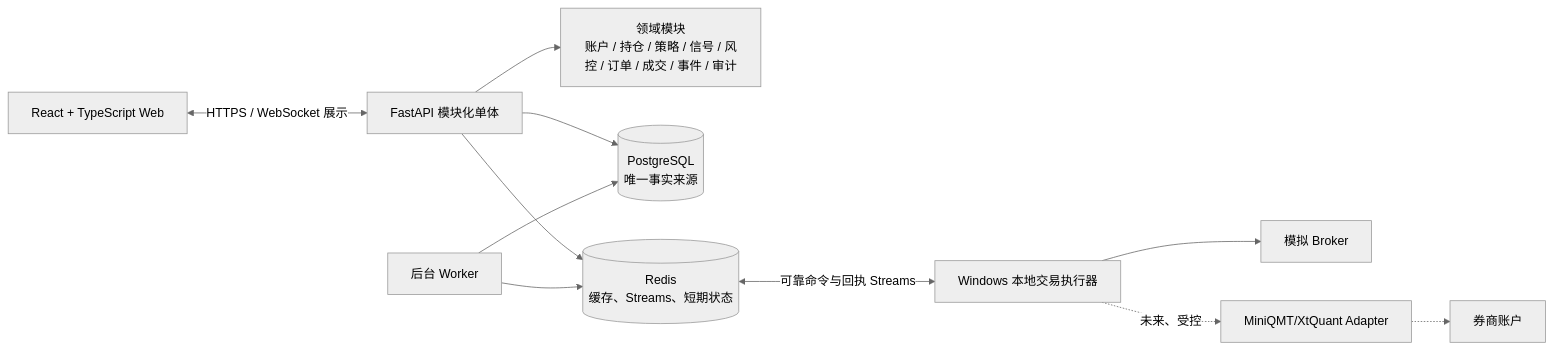
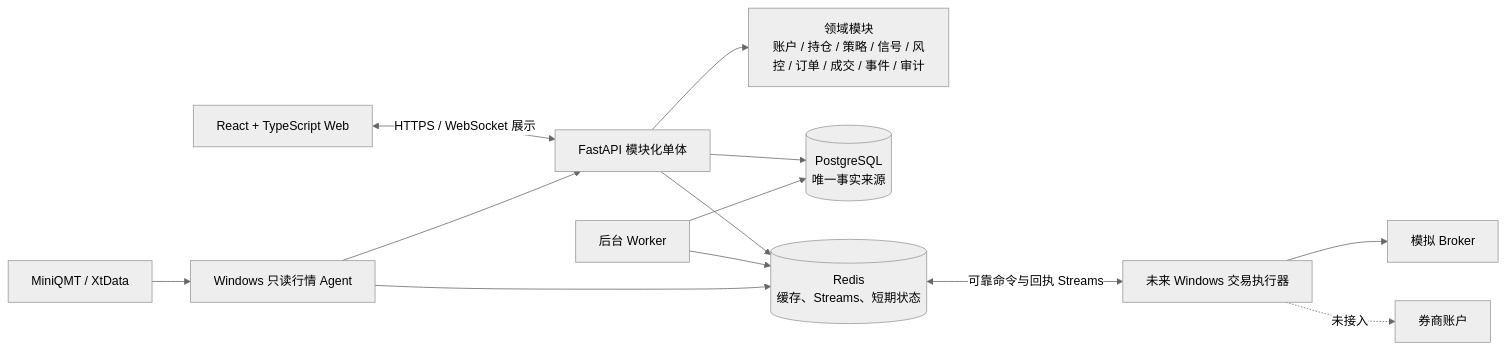
Before and after one commit to emilchen96-ops/AlphaBeta: the seventh of 12 diagrams in docs/architecture.md, drawn with Mermaid (neutral theme). The commit also changed other lines of this file and 60 other files, not shown here.

Commit message:
feat(market-data): checkpoint MiniQMT unified market data

````diff
--- a/docs/architecture.md
+++ b/docs/architecture.md
@@ -110,13 +113,15 @@
 ```mermaid
 flowchart LR
   Web[React + TypeScript Web] <-->|HTTPS / WebSocket 展示| API[FastAPI 模块化单体]
   API --> Domains[领域模块\n账户 / 持仓 / 策略 / 信号 / 风控 / 订单 / 成交 / 事件 / 审计]
   API --> PG[(PostgreSQL\n唯一事实来源)]
   API --> Redis[(Redis\n缓存、Streams、短期状态)]
   Worker[后台 Worker] --> PG
   Worker --> Redis
-  Redis <-->|可靠命令与回执 Streams| Agent[Windows 本地交易执行器]
+  QMT[MiniQMT / XtData] --> MarketAgent[Windows 只读行情 Agent]
+  MarketAgent --> Redis
+  MarketAgent --> API
+  Redis <-->|可靠命令与回执 Streams| Agent[未来 Windows 交易执行器]
   Agent --> Sim[模拟 Broker]
-  Agent -.未来、受控.-> QMT[MiniQMT/XtQuant Adapter]
-  QMT -.-> Broker[券商账户]
+  Agent -.未接入.-> Broker[券商账户]
 ```
````
